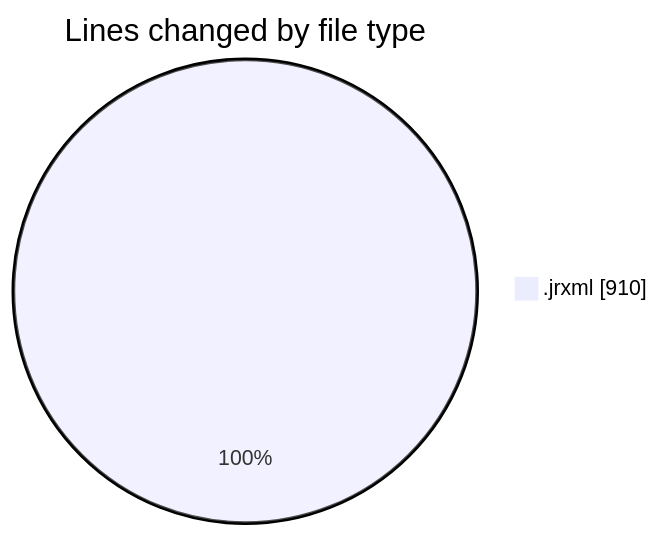
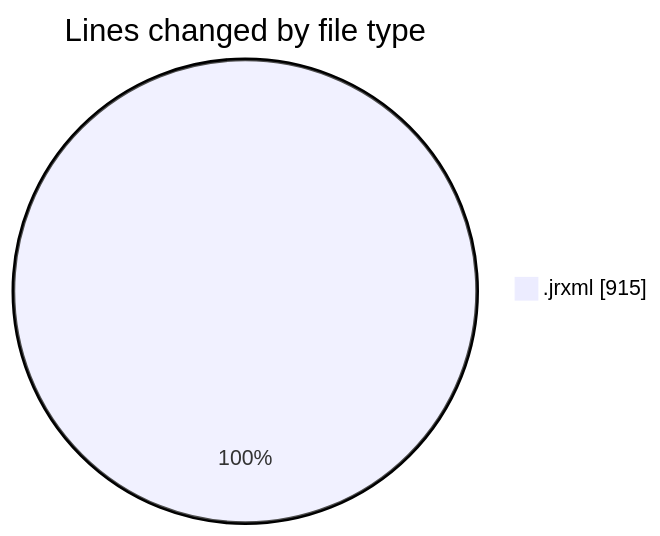
The first of 2 diagrams in 2026-04-22/cilreports__workspace_/README.md (ricardozamudiocil/code-tracking), drawn with Mermaid before and after one commit. The commit also changed other lines of this file and 1 other file, not shown here.

````diff
--- a/2026-04-22/cilreports__workspace_/README.md
+++ b/2026-04-22/cilreports__workspace_/README.md
@@ -21,5 +21,5 @@
 ```mermaid
 pie showData
 title Lines changed by file type
-".jrxml" : 910
+".jrxml" : 915
 ```
````
